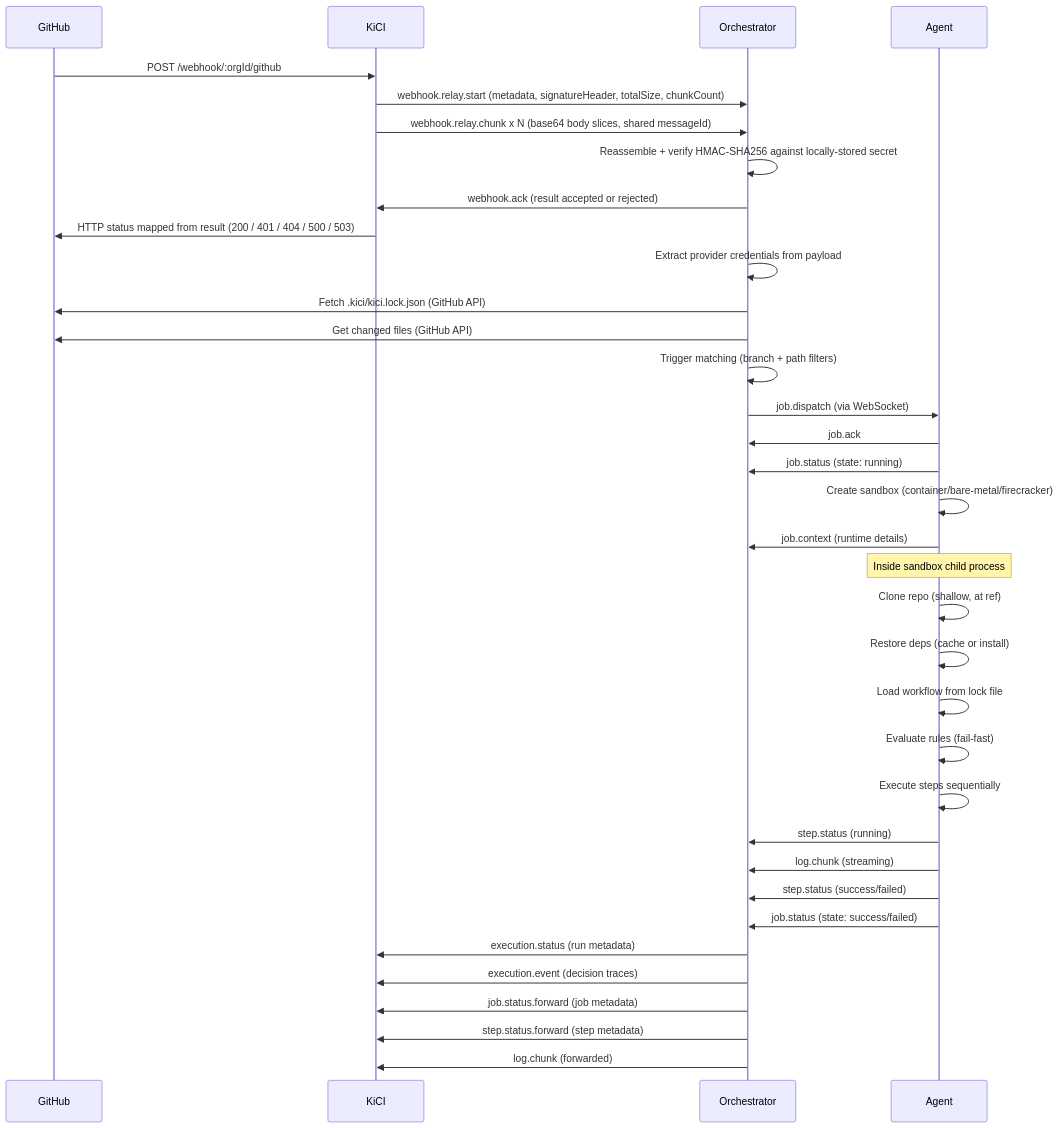
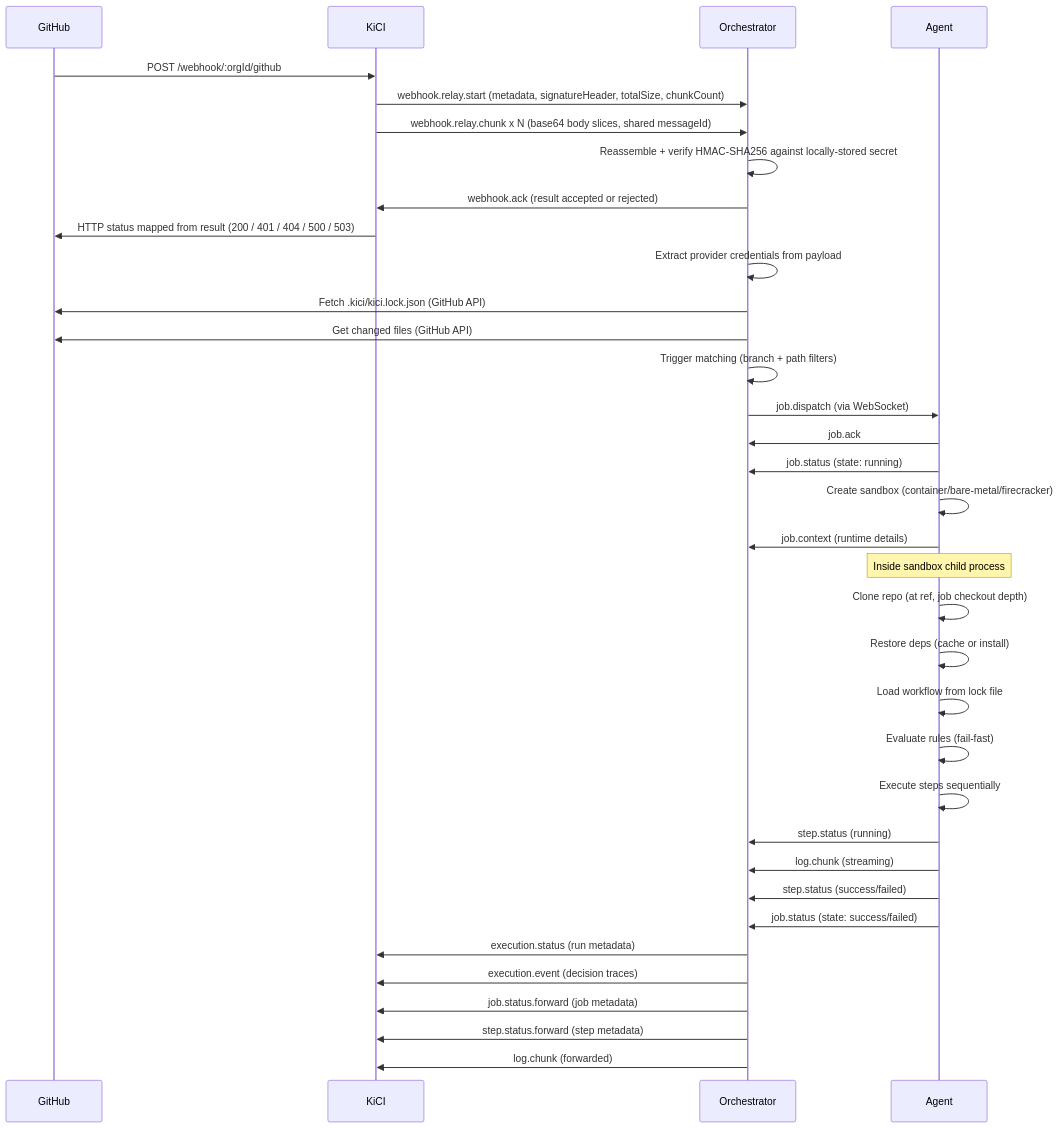
Before and after one commit to kici-dev/kici-public: the diagram in docs/architecture/webhooks/webhook-delivery.md, drawn with Mermaid. The commit also changed other lines of this file and 483 other files, not shown here.

````diff
--- a/docs/architecture/webhooks/webhook-delivery.md
+++ b/docs/architecture/webhooks/webhook-delivery.md
@@ -10,41 +10,41 @@
 ```mermaid
 sequenceDiagram
     participant GH as GitHub
     participant S as KiCI
     participant O as Orchestrator
     participant A as Agent
 
     GH->>S: POST /webhook/:orgId/github
     S->>O: webhook.relay.start (metadata, signatureHeader, totalSize, chunkCount)
     S->>O: webhook.relay.chunk x N (base64 body slices, shared messageId)
     O->>O: Reassemble + verify HMAC-SHA256 against locally-stored secret
     O->>S: webhook.ack (result accepted or rejected)
     S->>GH: HTTP status mapped from result (200 / 401 / 404 / 500 / 503)
 
     O->>O: Extract provider credentials from payload
     O->>GH: Fetch .kici/kici.lock.json (GitHub API)
     O->>GH: Get changed files (GitHub API)
     O->>O: Trigger matching (branch + path filters)
     O->>A: job.dispatch (via WebSocket)
 
     A->>O: job.ack
     A->>O: job.status (state: running)
     A->>A: Create sandbox (container/bare-metal/firecracker)
     A->>O: job.context (runtime details)
     Note over A: Inside sandbox child process
-    A->>A: Clone repo (shallow, at ref)
+    A->>A: Clone repo (at ref, job checkout depth)
     A->>A: Restore deps (cache or install)
     A->>A: Load workflow from lock file
     A->>A: Evaluate rules (fail-fast)
     A->>A: Execute steps sequentially
     A->>O: step.status (running)
     A->>O: log.chunk (streaming)
     A->>O: step.status (success/failed)
     A->>O: job.status (state: success/failed)
 
     O->>S: execution.status (run metadata)
     O->>S: execution.event (decision traces)
     O->>S: job.status.forward (job metadata)
     O->>S: step.status.forward (step metadata)
     O->>S: log.chunk (forwarded)
 ```
````
